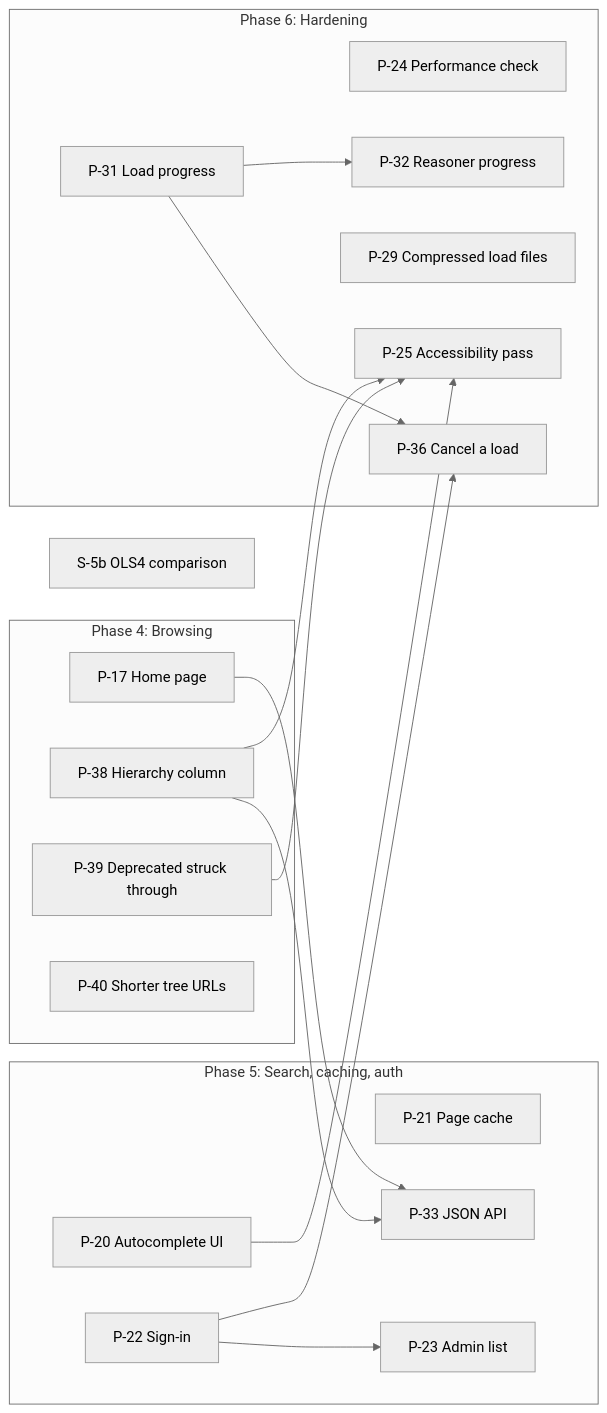
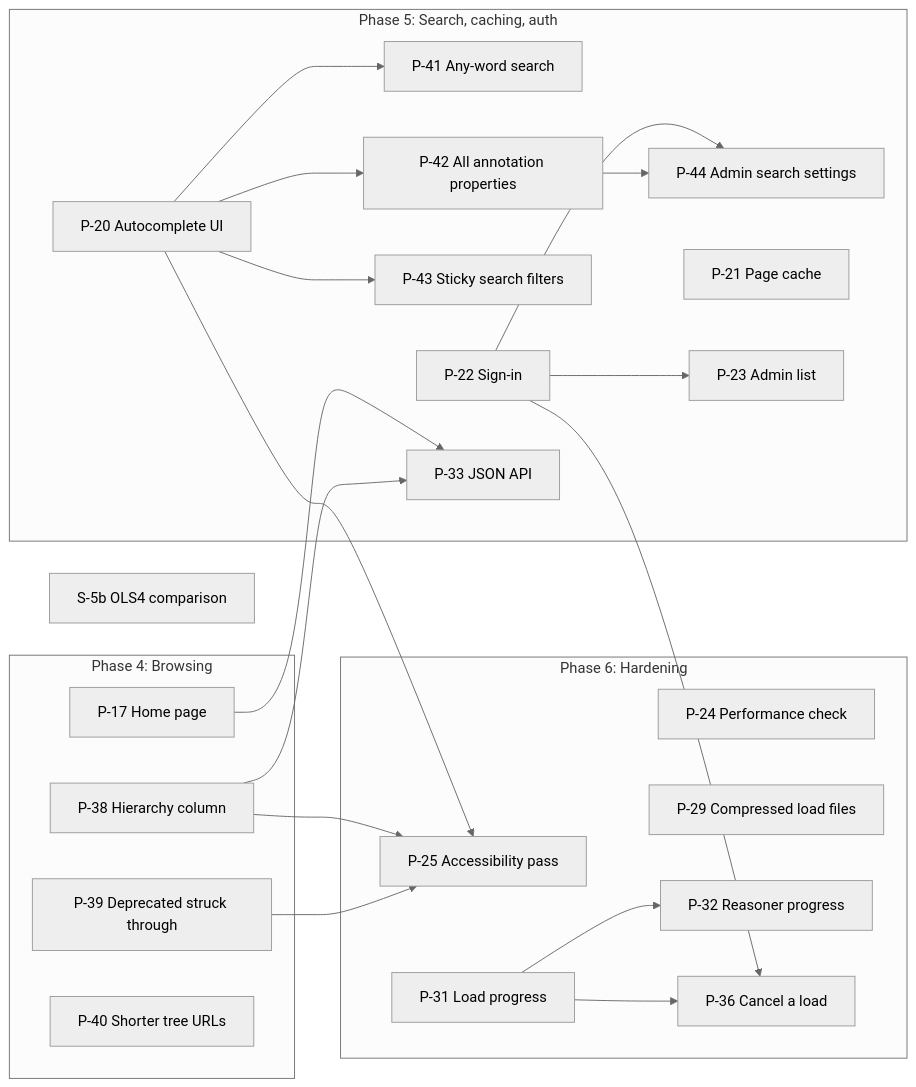
One commit to jclerman/browl changed the diagram in docs/DESIGN.md. Above: the diagram before and after it, drawn with Mermaid (neutral theme). The commit also changed other lines of this file, not shown here.

First line of the commit message:
Design: wider search, sticky filters, admin search settings (P-41–P-44)

````diff
--- a/docs/DESIGN.md
+++ b/docs/DESIGN.md
@@ -1734,31 +1794,37 @@
 ```mermaid
 flowchart LR
     subgraph P4["Phase 4: Browsing"]
         P17["P-17 Home page"]
         P38["P-38 Hierarchy column"]
         P39["P-39 Deprecated struck through"]
         P40["P-40 Shorter tree URLs"]
     end
     subgraph P5["Phase 5: Search, caching, auth"]
         P20["P-20 Autocomplete UI"]
+        P41["P-41 Any-word search"]
+        P42["P-42 All annotation properties"]
+        P43["P-43 Sticky search filters"]
+        P44["P-44 Admin search settings"]
         P21["P-21 Page cache"]
         P22["P-22 Sign-in"]
         P23["P-23 Admin list"]
         P33["P-33 JSON API"]
     end
     subgraph P6["Phase 6: Hardening"]
         P24["P-24 Performance check"]
         P25["P-25 Accessibility pass"]
         P29["P-29 Compressed load files"]
         P31["P-31 Load progress"]
         P32["P-32 Reasoner progress"]
         P36["P-36 Cancel a load"]
     end
     S5b["S-5b OLS4 comparison"]
 
     P17 & P38 --> P33
     P20 & P38 & P39 --> P25
+    P20 --> P41 & P42 & P43
+    P22 & P42 --> P44
     P22 --> P23
     P22 & P31 --> P36
     P31 --> P32
 ```
````
